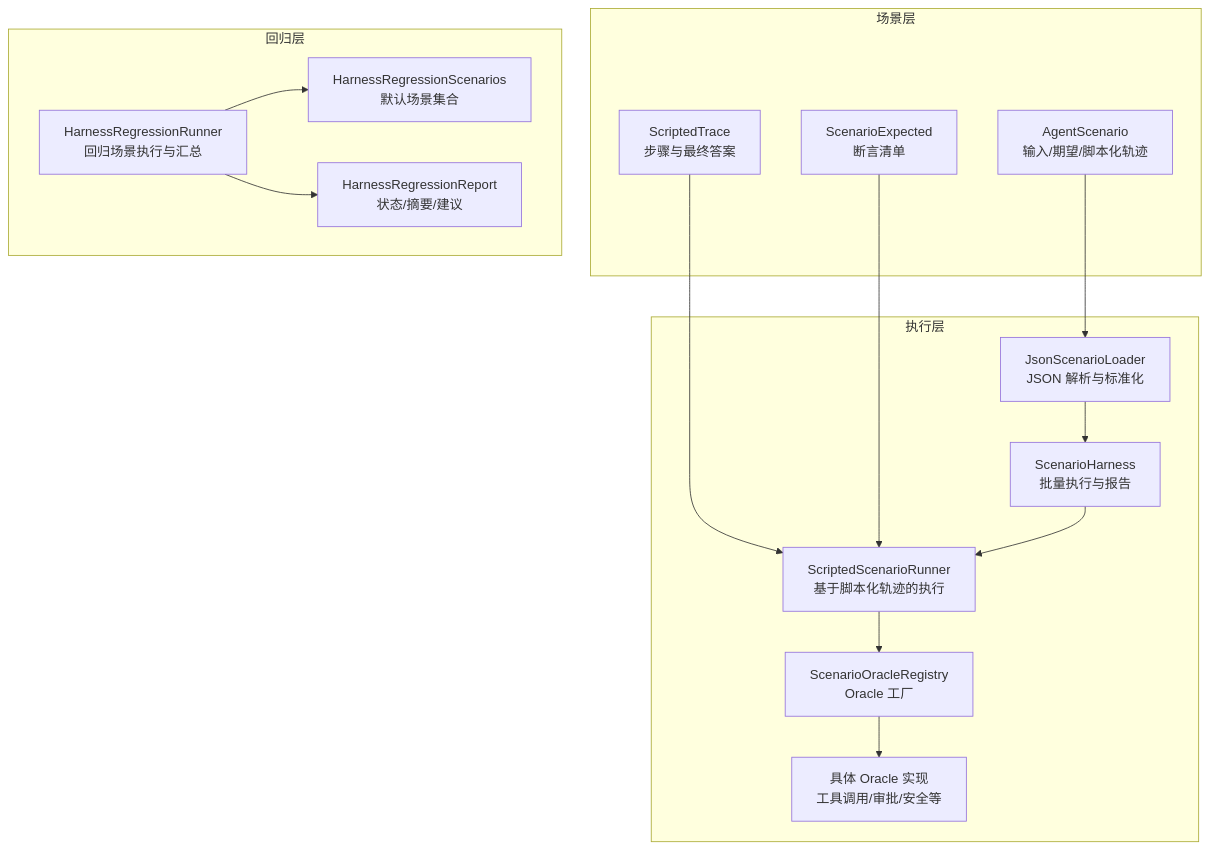
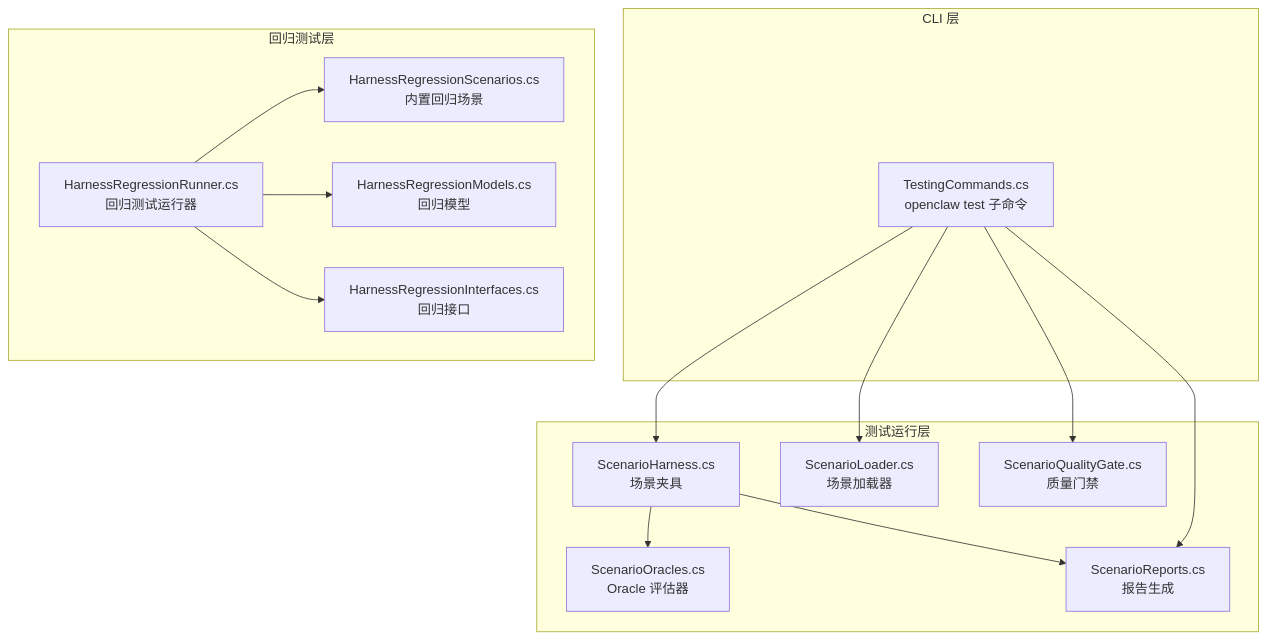
One commit to wayyet/kingcrab changed the first of 5 diagrams in .qoder/repowiki/zh/content/测试框架/测试架构设计.md. Above: the diagram before and after it, drawn with Mermaid. The commit also changed other lines of this file and 431 other files, not shown here.

````diff
--- a/.qoder/repowiki/zh/content/测试框架/测试架构设计.md
+++ b/.qoder/repowiki/zh/content/测试框架/测试架构设计.md
@@ -45,29 +47,28 @@
 ```mermaid
 graph TB
-subgraph "场景层"
-A["AgentScenario<br/>输入/期望/脚本化轨迹"]
-B["ScriptedTrace<br/>步骤与最终答案"]
-C["ScenarioExpected<br/>断言清单"]
+subgraph "CLI 层"
+TC["TestingCommands.cs<br/>openclaw test 子命令"]
 end
-subgraph "执行层"
-D["JsonScenarioLoader<br/>JSON 解析与标准化"]
-E["ScenarioHarness<br/>批量执行与报告"]
-F["ScriptedScenarioRunner<br/>基于脚本化轨迹的执行"]
-G["ScenarioOracleRegistry<br/>Oracle 工厂"]
-H["具体 Oracle 实现<br/>工具调用/审批/安全等"]
+subgraph "测试运行层"
+SR["ScenarioHarness.cs<br/>场景夹具"]
+OR["ScenarioOracles.cs<br/>Oracle 评估器"]
+LG["ScenarioLoader.cs<br/>场景加载器"]
+QG["ScenarioQualityGate.cs<br/>质量门禁"]
+RP["ScenarioReports.cs<br/>报告生成"]
 end
-subgraph "回归层"
-I["HarnessRegressionRunner<br/>回归场景执行与汇总"]
-J["HarnessRegressionScenarios<br/>默认场景集合"]
-K["HarnessRegressionReport<br/>状态/摘要/建议"]
+subgraph "回归测试层"
+RR["HarnessRegressionRunner.cs<br/>回归测试运行器"]
+RS["HarnessRegressionScenarios.cs<br/>内置回归场景"]
+RM["HarnessRegressionModels.cs<br/>回归模型"]
+RI["HarnessRegressionInterfaces.cs<br/>回归接口"]
 end
-A --> D
-B --> F
-C --> F
-D --> E
-E --> F
-F --> G
-G --> H
-I --> J
-I --> K
+TC --> SR
+TC --> LG
+TC --> QG
+TC --> RP
+SR --> OR
+SR --> RP
+RR --> RS
+RR --> RM
+RR --> RI
 ```
````
